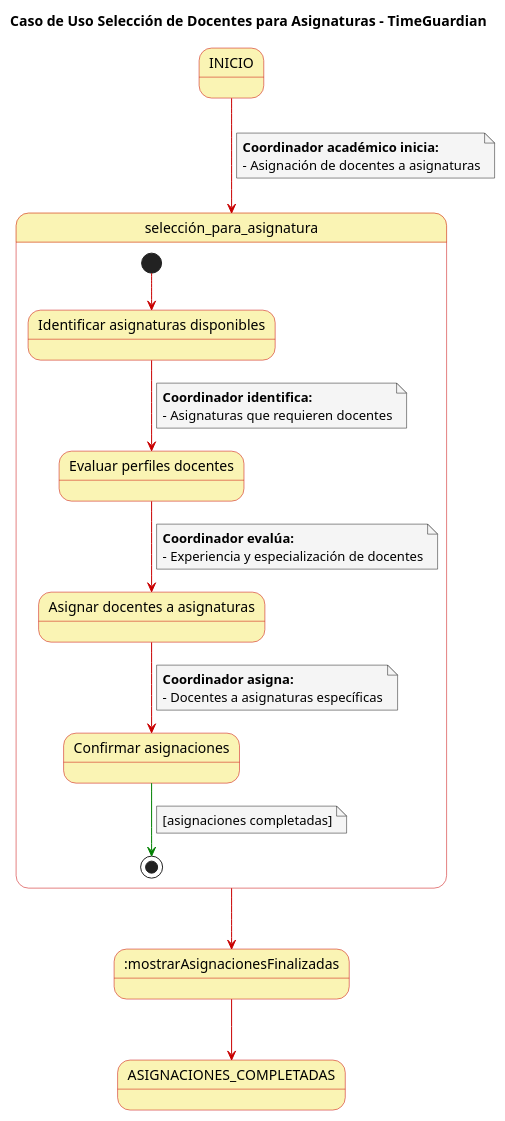
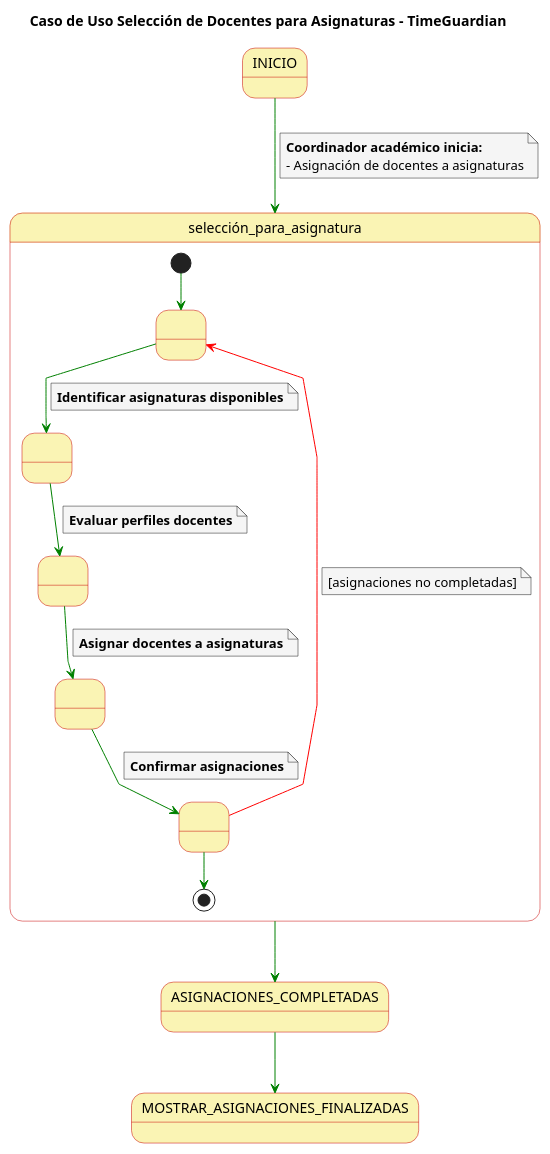
One commit to FernandoWilliam26/23-24-IdSw1-SDR changed the diagram in Casos de Uso/Detalles de Selección de docentes.puml. Above: the diagram before and after it, drawn with PlantUML. The commit also changed 1 other file, not shown here.

Commit message:
Cambiando detalle de seleccion de docentes a asignaturas

```diff
--- a/Casos de Uso/Detalles de Selección de docentes.puml
+++ b/Casos de Uso/Detalles de Selección de docentes.puml
@@ -1,56 +1,57 @@
 @startuml
 
 skinparam state {
   BackgroundColor #faf4b4
   BorderColor #c90000
-  TextColor #757575
 }
 
 skinparam note {
   BackgroundColor #f5f5f5
-  TextColor #757575
 }
 
 skinparam linetype polyline
 
 title Caso de Uso Selección de Docentes para Asignaturas - TimeGuardian
 
-INICIO -[#c90000]-> selección_para_asignatura
+INICIO -[#green]-> selección_para_asignatura 
 note on link
   **Coordinador académico inicia:**
   - Asignación de docentes a asignaturas
 end note
 
 state selección_para_asignatura {
-  state "Identificar asignaturas disponibles" as A
-  state "Evaluar perfiles docentes" as B
-  state "Asignar docentes a asignaturas" as C
-  state "Confirmar asignaciones" as D
-
-  [*] -[#c90000]-> A
-  A -[#c90000]-> B
+  state 1 as " "
+  state 2 as " "
+  state 3 as " "
+  state 4 as " "
+  state 5 as " "
+  
+  [*] -[#green]-> 1
+  1 -[#green]-> 2
   note on link
-      **Coordinador identifica:**
-      - Asignaturas que requieren docentes
+      **Identificar asignaturas disponibles**
   end note
-  B -[#c90000]-> C
+  2 -[#green]-> 3
   note on link
-    **Coordinador evalúa:**
-    - Experiencia y especialización de docentes
+    **Evaluar perfiles docentes**
   end note
-  C -[#c90000]-> D
+  3 -[#green]-> 4
   note on link
-    **Coordinador asigna:**
-    - Docentes a asignaturas específicas
+    **Asignar docentes a asignaturas**
   end note
-  D -[#green]-> [*]
+  4 -[#green]-> 5
   note on link
-    [asignaciones completadas]
+    **Confirmar asignaciones**
   end note
+  5 -[#red]-> 1
+  note on link
+    [asignaciones no completadas]
+  end note
+  5 -[#green]-> [*]
 }
 
-selección_para_asignatura -[#c90000]-> :mostrarAsignacionesFinalizadas
+selección_para_asignatura -[#green]-> ASIGNACIONES_COMPLETADAS
 
-:mostrarAsignacionesFinalizadas -[#c90000]-> ASIGNACIONES_COMPLETADAS
+ASIGNACIONES_COMPLETADAS -[#green]-> MOSTRAR_ASIGNACIONES_FINALIZADAS
 
 @enduml
```
